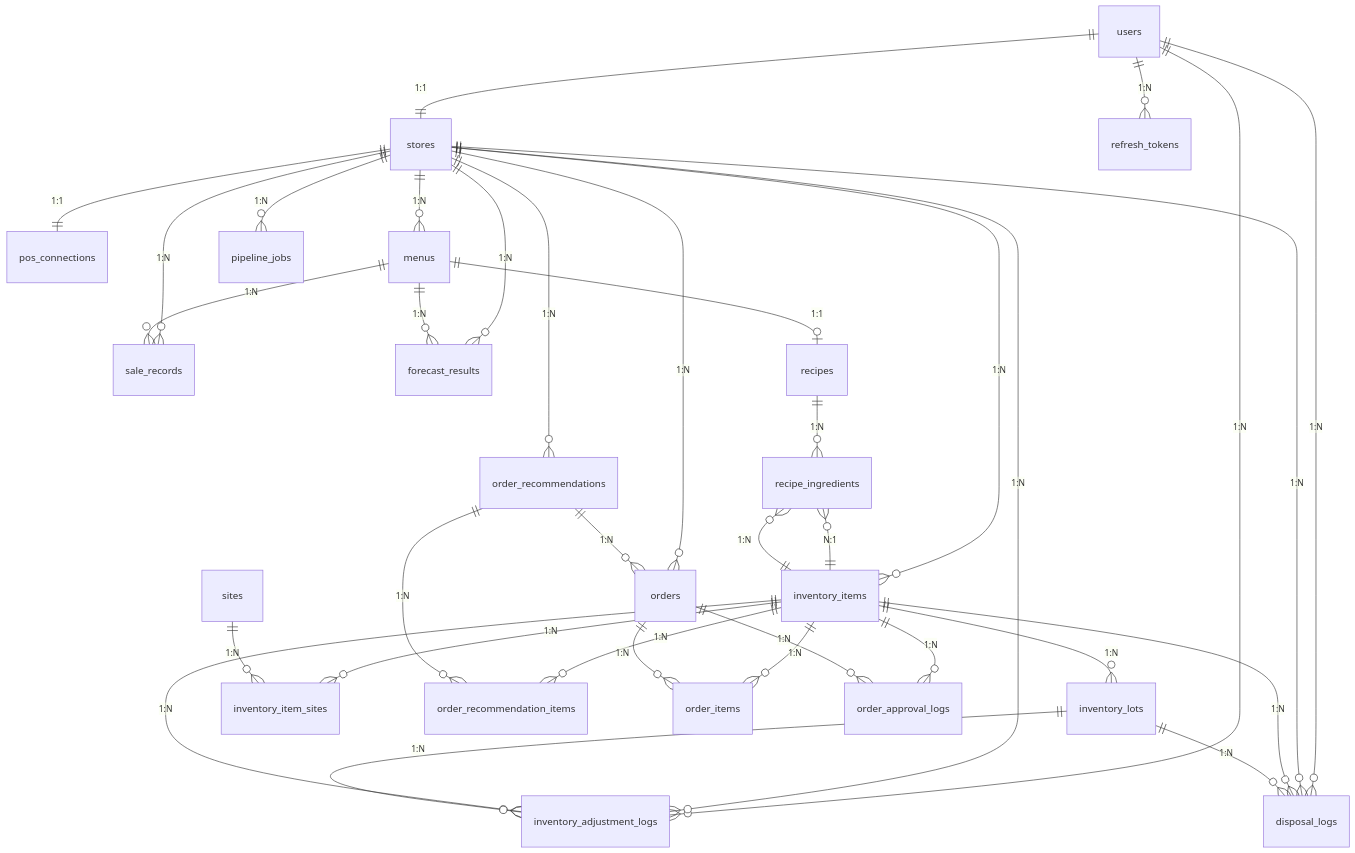
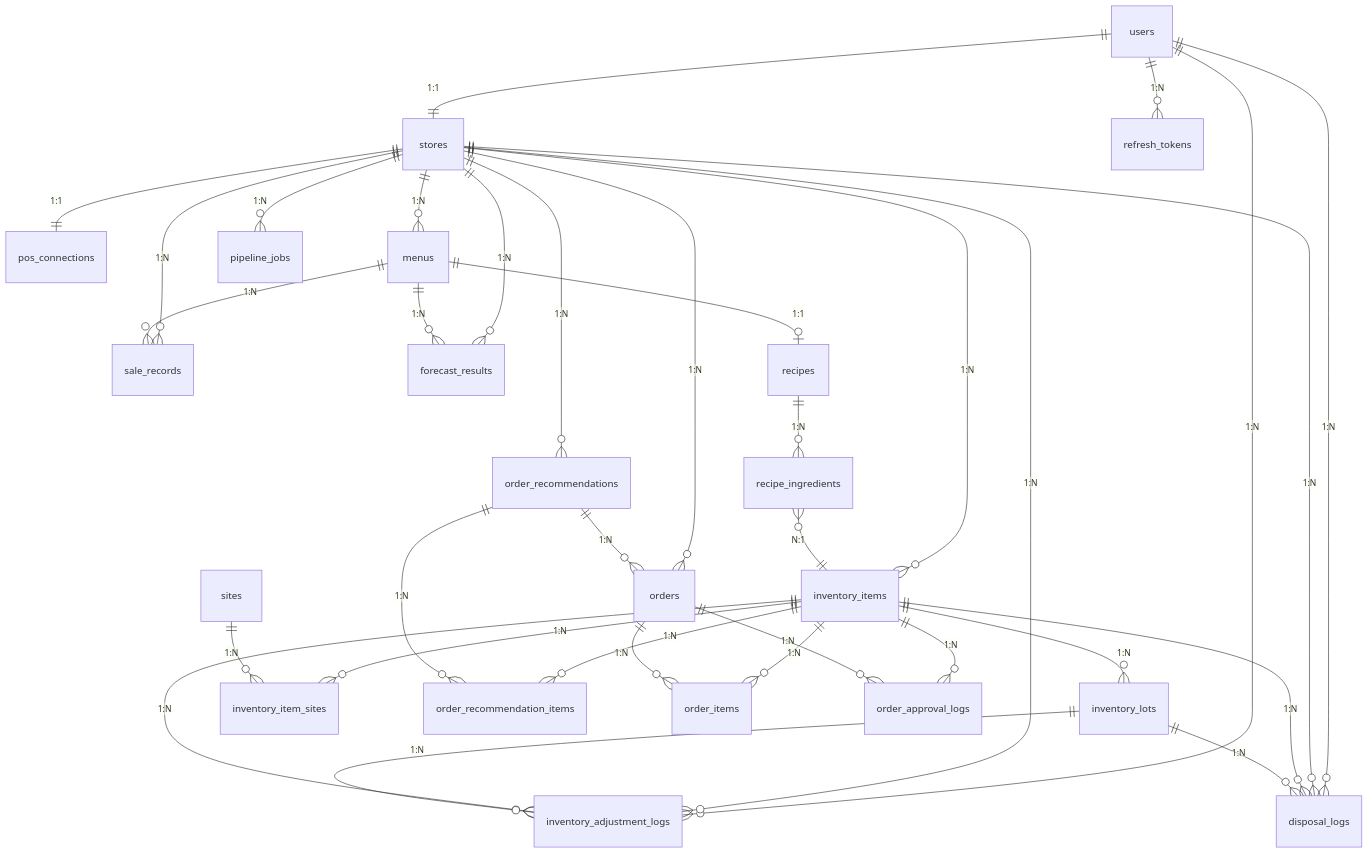
Before and after one commit to h-taek/CapstoneDesign_Sajura: the diagram in docs/04_database/erd.md, drawn with Mermaid. The commit also changed 11 other files, not shown here.

Commit message:
docs: update project documentation and architectural specifications across system design files

````diff
--- a/docs/04_database/erd.md
+++ b/docs/04_database/erd.md
@@ -22,37 +22,36 @@
 ```mermaid
 erDiagram
     users ||--|| stores : "1:1"
     users ||--o{ refresh_tokens : "1:N"
     users ||--o{ inventory_adjustment_logs : "1:N"
     users ||--o{ disposal_logs : "1:N"
     stores ||--|| pos_connections : "1:1"
     stores ||--o{ menus : "1:N"
     stores ||--o{ inventory_items : "1:N"
     stores ||--o{ inventory_adjustment_logs : "1:N"
     stores ||--o{ disposal_logs : "1:N"
     stores ||--o{ sale_records : "1:N"
     stores ||--o{ forecast_results : "1:N"
     stores ||--o{ order_recommendations : "1:N"
     stores ||--o{ orders : "1:N"
     stores ||--o{ pipeline_jobs : "1:N"
     menus ||--o| recipes : "1:1"
     menus ||--o{ sale_records : "1:N"
     menus ||--o{ forecast_results : "1:N"
     recipes ||--o{ recipe_ingredients : "1:N"
     recipe_ingredients }o--|| inventory_items : "N:1"
     inventory_items ||--o{ inventory_lots : "1:N"
     inventory_items ||--o{ inventory_adjustment_logs : "1:N"
     inventory_items ||--o{ disposal_logs : "1:N"
     inventory_items ||--o{ inventory_item_sites : "1:N"
-    inventory_items ||--o{ recipe_ingredients : "1:N"
     inventory_items ||--o{ order_recommendation_items : "1:N"
     inventory_items ||--o{ order_items : "1:N"
     inventory_items ||--o{ order_approval_logs : "1:N"
     inventory_lots ||--o{ disposal_logs : "1:N"
     inventory_lots ||--o{ inventory_adjustment_logs : "1:N"
     sites ||--o{ inventory_item_sites : "1:N"
     order_recommendations ||--o{ order_recommendation_items : "1:N"
     order_recommendations ||--o{ orders : "1:N"
     orders ||--o{ order_items : "1:N"
     orders ||--o{ order_approval_logs : "1:N"
 ```
````
